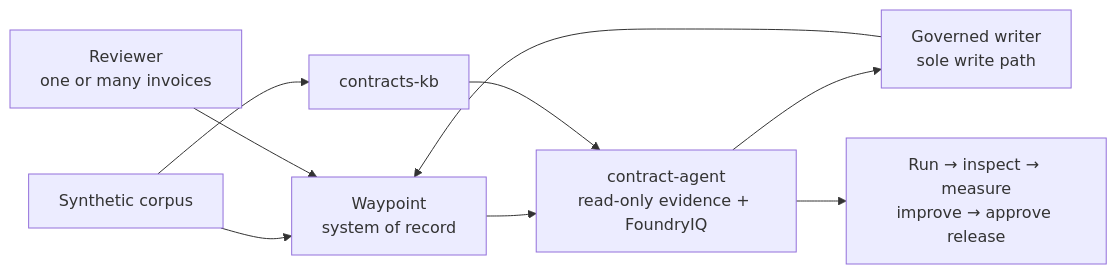
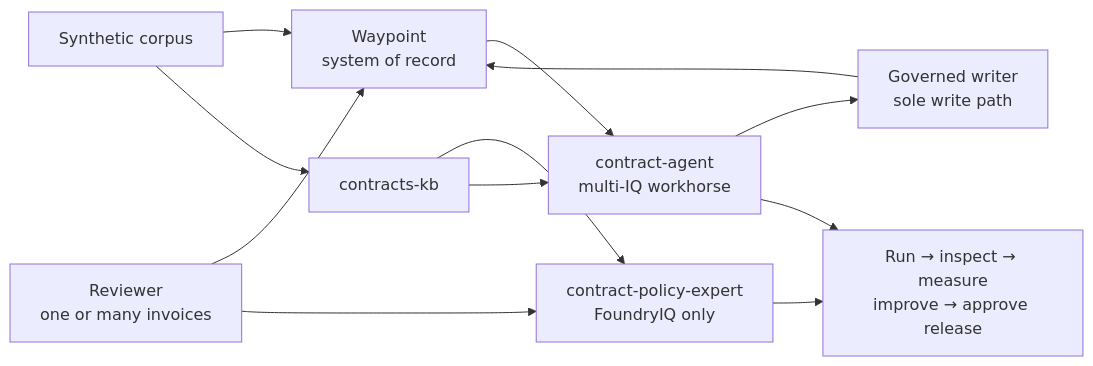
Before and after one commit to caldova/waypoint: the diagram in docs/architecture.md, drawn with Mermaid. The commit also changed other lines of this file and 59 other files, not shown here.

First line of the commit message:
Add Caldova contract agent portfolio

````diff
--- a/docs/architecture.md
+++ b/docs/architecture.md
@@ -22,11 +22,14 @@
 ```mermaid
 flowchart LR
     Corpus[Synthetic corpus] --> App[Waypoint<br/>system of record]
     Corpus --> KB[contracts-kb]
     Reviewer[Reviewer<br/>one or many invoices] --> App
-    App --> Agent[contract-agent<br/>read-only evidence + FoundryIQ]
+    Reviewer --> Policy[contract-policy-expert<br/>FoundryIQ only]
+    App --> Agent[contract-agent<br/>multi-IQ workhorse]
+    KB --> Policy
     KB --> Agent
+    Policy --> Quality[Run → inspect → measure<br/>improve → approve release]
     Agent --> Writer[Governed writer<br/>sole write path]
     Writer --> App
     Agent --> Quality[Run → inspect → measure<br/>improve → approve release]
 ```
````
